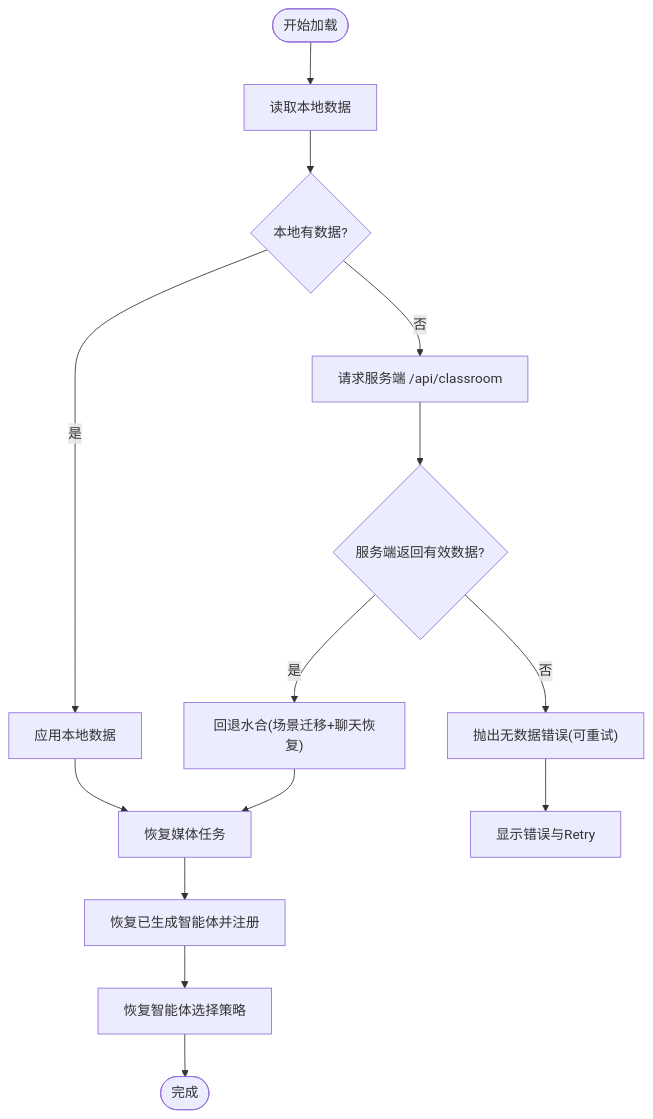
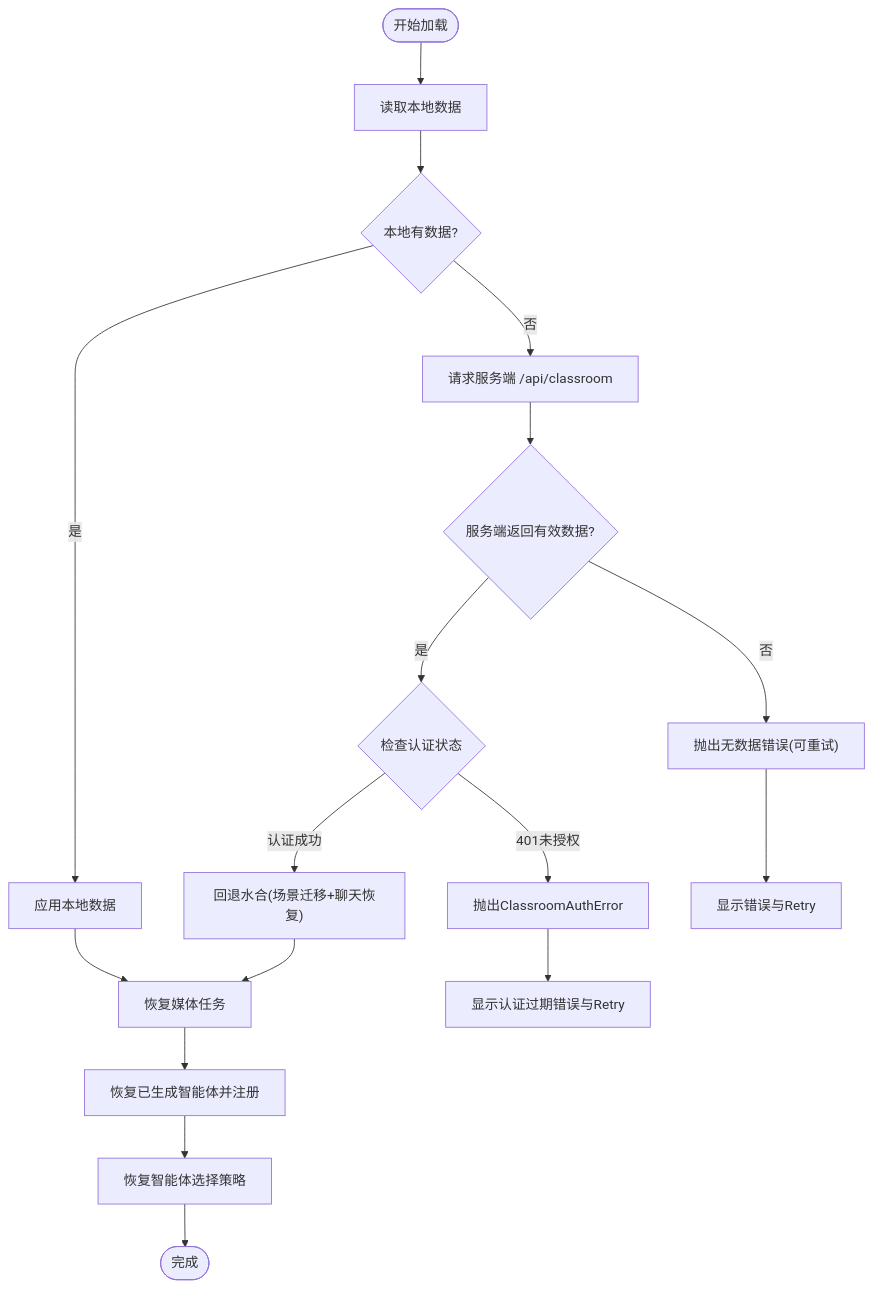
Before and after one commit to huangboheng/OpenMAIC: the second of 3 diagrams in .qoder/repowiki/zh/content/数据存储设计/课堂加载可靠性增强.md, drawn with Mermaid. The commit also changed other lines of this file and 3 other files, not shown here.

````diff
--- a/.qoder/repowiki/zh/content/数据存储设计/课堂加载可靠性增强.md
+++ b/.qoder/repowiki/zh/content/数据存储设计/课堂加载可靠性增强.md
@@ -122,16 +131,19 @@
 ```mermaid
 flowchart TD
 Start(["开始加载"]) --> Local["读取本地数据"]
 Local --> HasLocal{"本地有数据?"}
 HasLocal --> |是| ApplyLocal["应用本地数据"]
 HasLocal --> |否| Fetch["请求服务端 /api/classroom"]
 Fetch --> ServerOK{"服务端返回有效数据?"}
-ServerOK --> |是| Hydrate["回退水合(场景迁移+聊天恢复)"]
+ServerOK --> |是| CheckAuth{"检查认证状态"}
+CheckAuth --> |401未授权| AuthError["抛出ClassroomAuthError"]
+CheckAuth --> |认证成功| Hydrate["回退水合(场景迁移+聊天恢复)"]
 ServerOK --> |否| FailNoData["抛出无数据错误(可重试)"]
 ApplyLocal --> MediaRestore["恢复媒体任务"]
 Hydrate --> MediaRestore
 MediaRestore --> Agents["恢复已生成智能体并注册"]
 Agents --> Selection["恢复智能体选择策略"]
 Selection --> Done(["完成"])
 FailNoData --> ErrorUI["显示错误与Retry"]
+AuthError --> AuthErrorUI["显示认证过期错误与Retry"]
 ```
````
